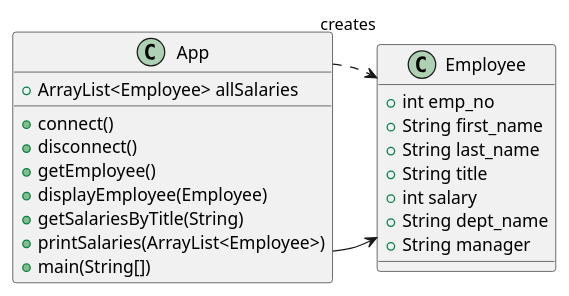
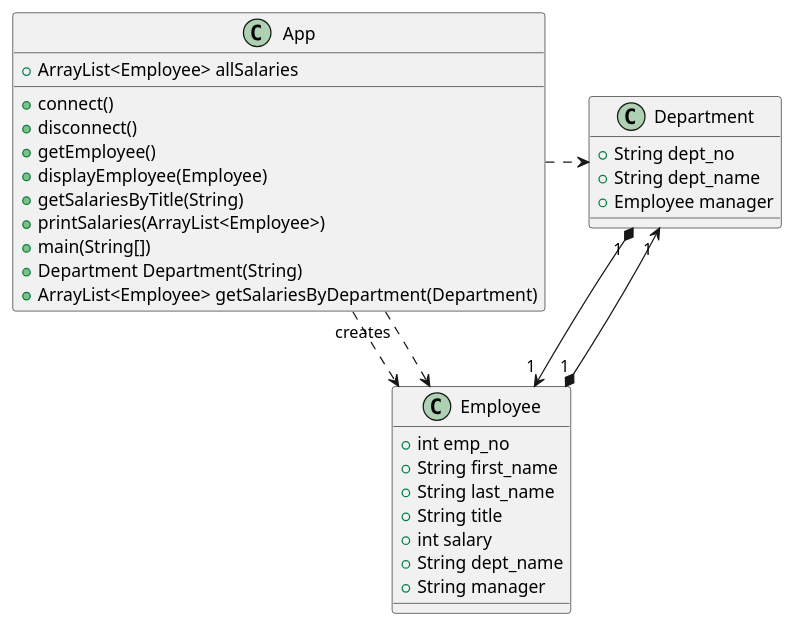
Before and after one commit to matonico/SET08103: the diagram in src/main/java/com/napier/sem/classdiagram.puml, drawn with PlantUML. The commit also changed 2 other files, not shown here.

Commit message:
Added department class, created new functions to get departments and department salaries, added stuff to class diagram

```diff
--- a/src/main/java/com/napier/sem/classdiagram.puml
+++ b/src/main/java/com/napier/sem/classdiagram.puml
@@ -1,30 +1,41 @@
 @startuml
 'https://plantuml.com/class-diagram
 
 
 class App{
 +connect()
 +disconnect()
 +getEmployee()
 +displayEmployee(Employee)
 +getSalariesByTitle(String)
 +printSalaries(ArrayList<Employee>)
 +main(String[])
 +ArrayList<Employee> allSalaries
++Department Department(String)
++ArrayList<Employee> getSalariesByDepartment(Department)
 }
 
 class Employee
 {
  +int emp_no
  +String first_name
  +String last_name
  +String title
  +int salary
  +String dept_name
  +String manager
 }
 
-App -> Employee
+class Department
+{
++String dept_no
++String dept_name
++Employee manager
+}
+
+App ..> Employee
 App "creates" ..> Employee
-
+Department "1 "*--> "1 "Employee
+Employee "1 "*--> "1 "Department
+App .> Department
 @enduml
```
